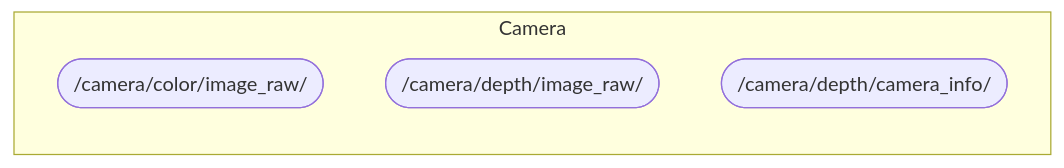
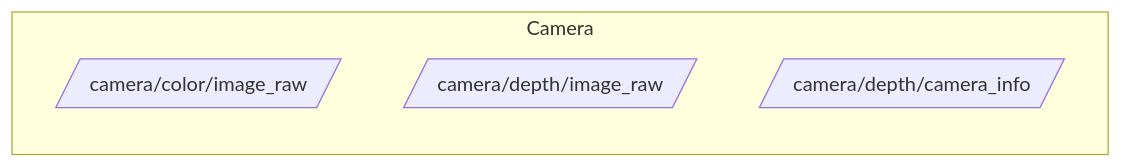
Before and after one commit to iHaruruki/mediapipe_ros2: the diagram in README.md, drawn with Mermaid.

````diff
--- a/README.md
+++ b/README.md
@@ -6,8 +6,8 @@
 ```mermaid
 flowchart LR
   subgraph Camera
-    CIMG([/camera/color/image_raw/])
-    GIMG([/camera/depth/image_raw/])
-    GINFO([/camera/depth/camera_info/])
+    CIMG[/camera/color/image_raw/]
+    GIMG[/camera/depth/image_raw/]
+    GINFO[/camera/depth/camera_info/]
   end
 ```
````
